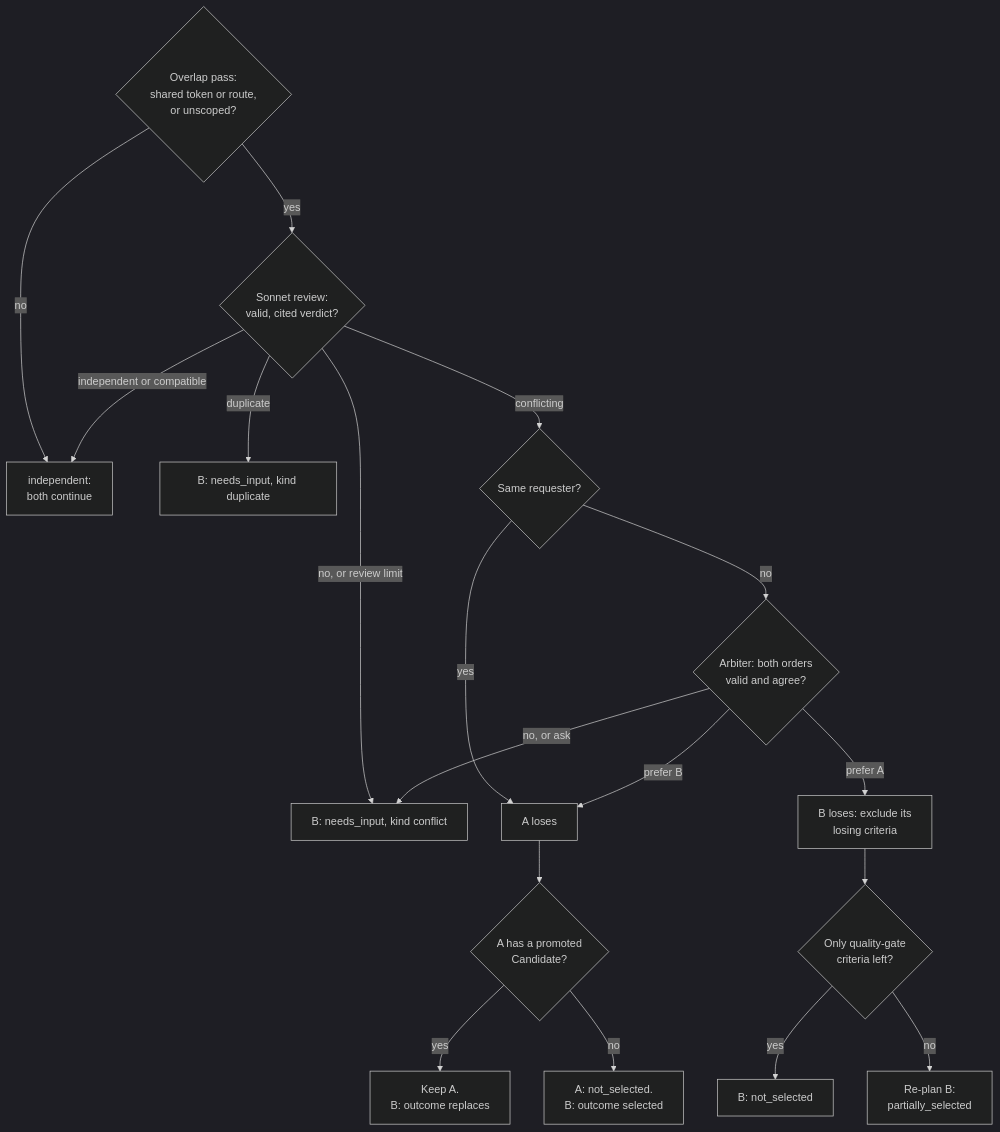
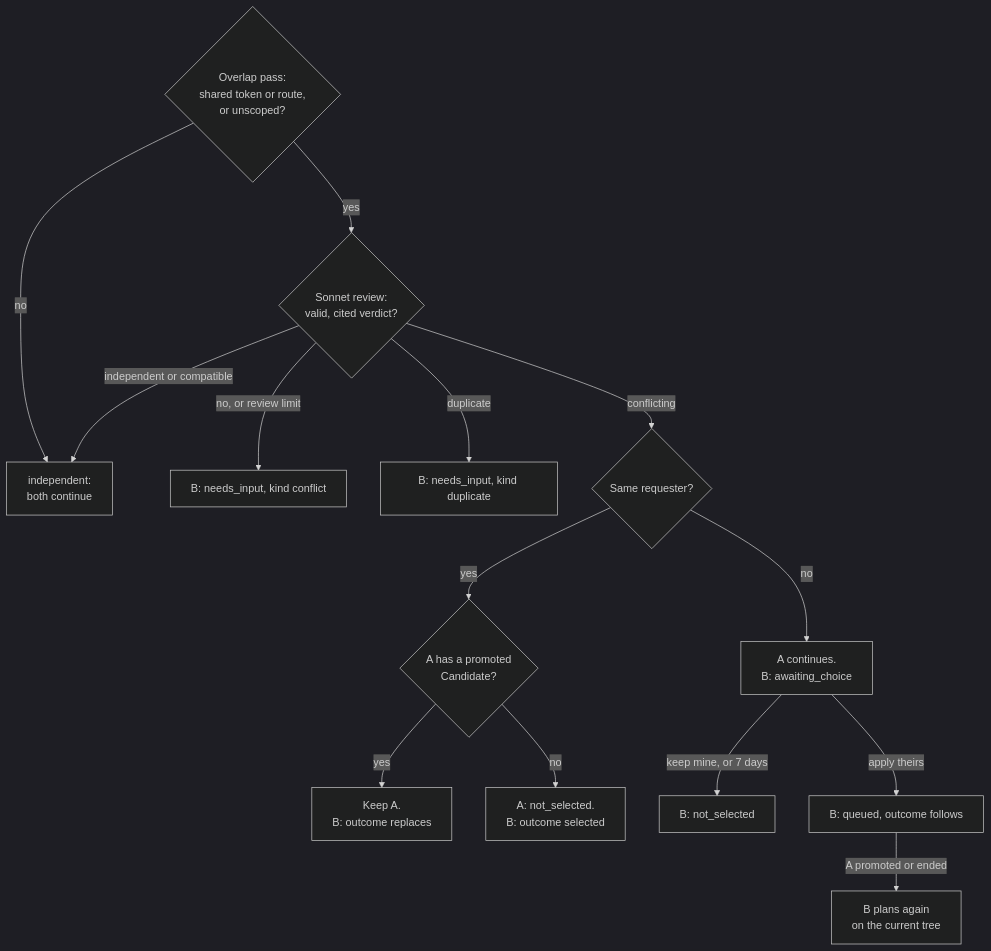
Before and after one commit to nsudhanva/rhumbatron: the fourth of 5 diagrams in docs/architecture/shared-projects.md, drawn with Mermaid (dark theme). The commit also changed other lines of this file and 97 other files, not shown here.

````diff
--- a/docs/architecture/shared-projects.md
+++ b/docs/architecture/shared-projects.md
@@ -353,20 +374,16 @@
 ```mermaid
 flowchart TB
   O{"Overlap pass:<br/>shared token or route,<br/>or unscoped?"} -->|"no"| IND["independent:<br/>both continue"]
   O -->|"yes"| R{"Sonnet review:<br/>valid, cited verdict?"}
   R -->|"no, or review limit"| ASK["B: needs_input, kind conflict"]
   R -->|"independent or compatible"| IND
   R -->|"duplicate"| DUP["B: needs_input, kind duplicate"]
   R -->|"conflicting"| SR{"Same requester?"}
-  SR -->|"yes"| LA["A loses"]
-  SR -->|"no"| AR{"Arbiter: both orders<br/>valid and agree?"}
-  AR -->|"no, or ask"| ASK
-  AR -->|"prefer B"| LA
-  AR -->|"prefer A"| LB["B loses: exclude its<br/>losing criteria"]
-  LA --> PR{"A has a promoted<br/>Candidate?"}
+  SR -->|"yes"| PR{"A has a promoted<br/>Candidate?"}
   PR -->|"yes"| KEEP["Keep A.<br/>B: outcome replaces"]
   PR -->|"no"| CAN["A: not_selected.<br/>B: outcome selected"]
-  LB --> NS{"Only quality-gate<br/>criteria left?"}
-  NS -->|"yes"| NOT["B: not_selected"]
-  NS -->|"no"| PART["Re-plan B:<br/>partially_selected"]
+  SR -->|"no"| FC["A continues.<br/>B: awaiting_choice"]
+  FC -->|"keep mine, or 7 days"| NOT["B: not_selected"]
+  FC -->|"apply theirs"| Q["B: queued, outcome follows"]
+  Q -->|"A promoted or ended"| RE["B plans again<br/>on the current tree"]
 ```
````
